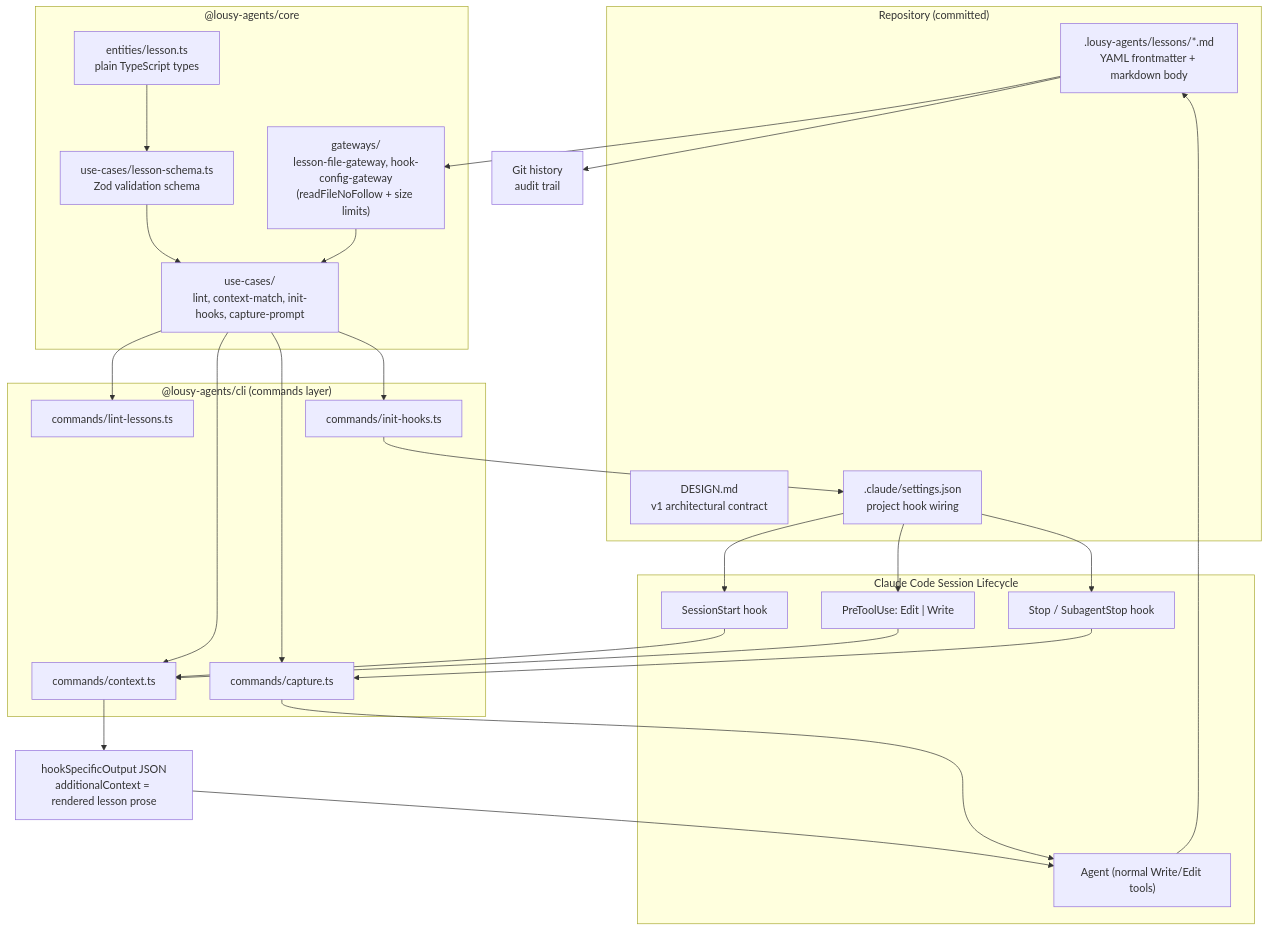
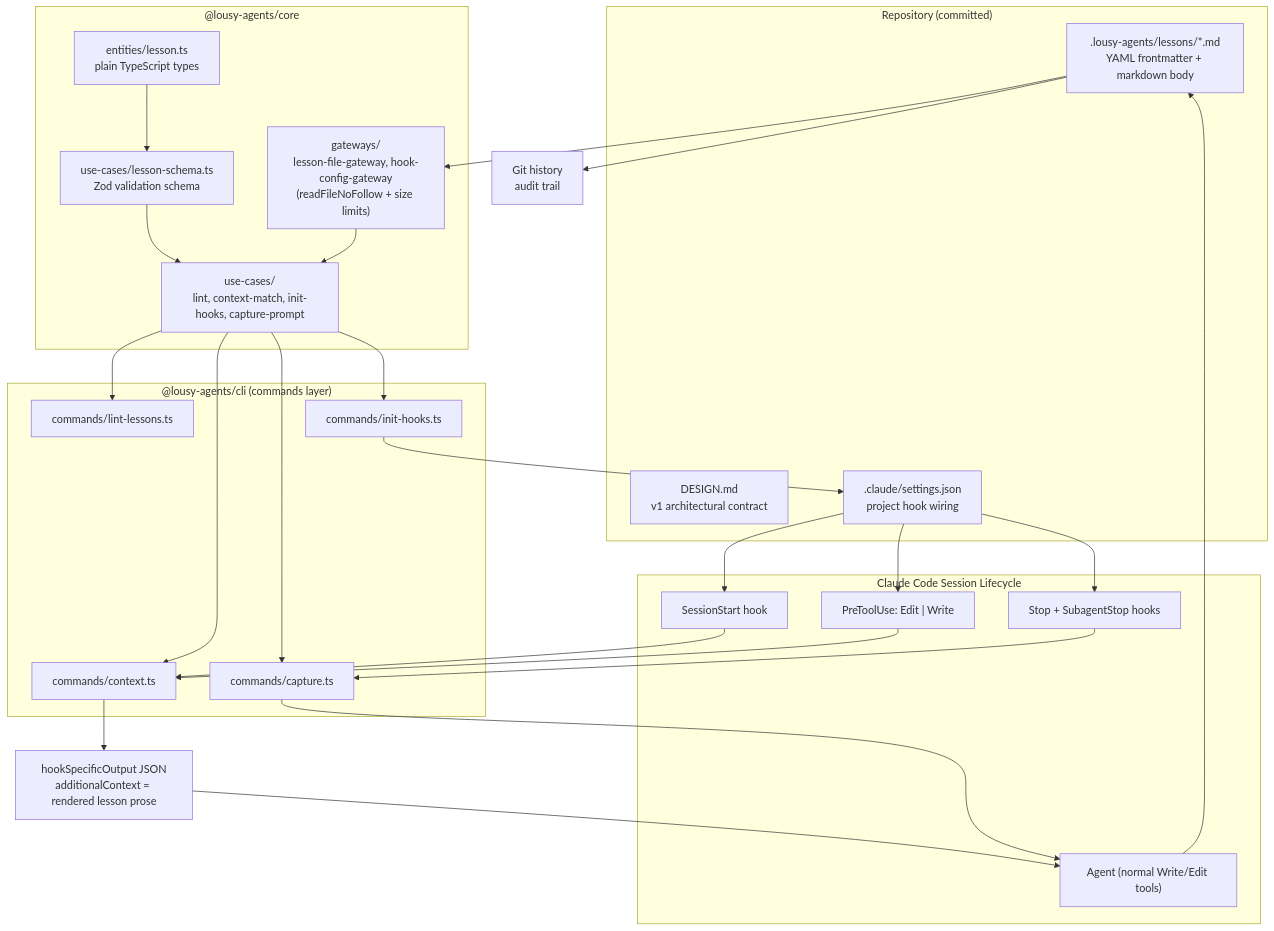
One commit to zpratt/lousy-agents changed the first of 2 diagrams in .github/specs/lesson-capture-context-injection.spec.md. Above: the diagram before and after it, drawn with Mermaid. The commit also changed other lines of this file, not shown here.

````diff
--- a/.github/specs/lesson-capture-context-injection.spec.md
+++ b/.github/specs/lesson-capture-context-injection.spec.md
@@ -338,53 +338,53 @@
 ```mermaid
 flowchart TB
     subgraph Repo["Repository (committed)"]
         Lessons[".lousy-agents/lessons/*.md\nYAML frontmatter + markdown body"]
         Design["DESIGN.md\nv1 architectural contract"]
         HookConfig[".claude/settings.json\nproject hook wiring"]
     end
 
     subgraph Core["@lousy-agents/core"]
         Entities["entities/lesson.ts\nplain TypeScript types"]
         Schema["use-cases/lesson-schema.ts\nZod validation schema"]
         UseCases["use-cases/\nlint, context-match, init-hooks, capture-prompt"]
         Gateways["gateways/\nlesson-file-gateway, hook-config-gateway\n(readFileNoFollow + size limits)"]
     end
 
     subgraph CLI["@lousy-agents/cli (commands layer)"]
         LintCmd["commands/lint-lessons.ts"]
         ContextCmd["commands/context.ts"]
         InitHooksCmd["commands/init-hooks.ts"]
         CaptureCmd["commands/capture.ts"]
     end
 
     subgraph Claude["Claude Code Session Lifecycle"]
         SessionStart["SessionStart hook"]
         PreToolUse["PreToolUse: Edit | Write"]
-        StopHook["Stop / SubagentStop hook"]
+        StopHook["Stop + SubagentStop hooks"]
         Agent["Agent (normal Write/Edit tools)"]
     end
 
     Entities --> Schema
     Schema --> UseCases
     Gateways --> UseCases
     UseCases --> LintCmd
     UseCases --> ContextCmd
     UseCases --> InitHooksCmd
     UseCases --> CaptureCmd
 
     Lessons --> Gateways
     InitHooksCmd --> HookConfig
     HookConfig --> SessionStart
     HookConfig --> PreToolUse
     HookConfig --> StopHook
 
     SessionStart --> ContextCmd
     PreToolUse --> ContextCmd
     ContextCmd --> AdditionalContext["hookSpecificOutput JSON\nadditionalContext = rendered lesson prose"]
     AdditionalContext --> Agent
 
     StopHook --> CaptureCmd
     CaptureCmd --> Agent
     Agent --> Lessons
     Lessons --> Git["Git history\naudit trail"]
 ```
````
